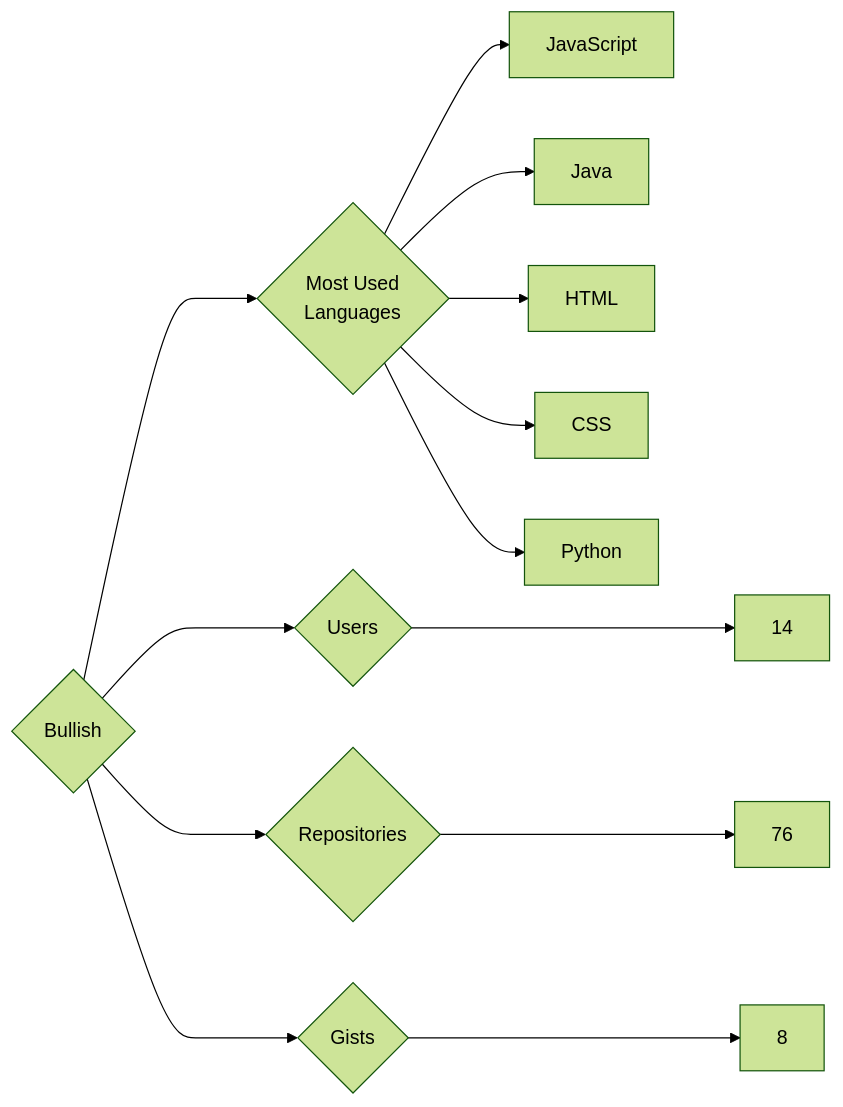
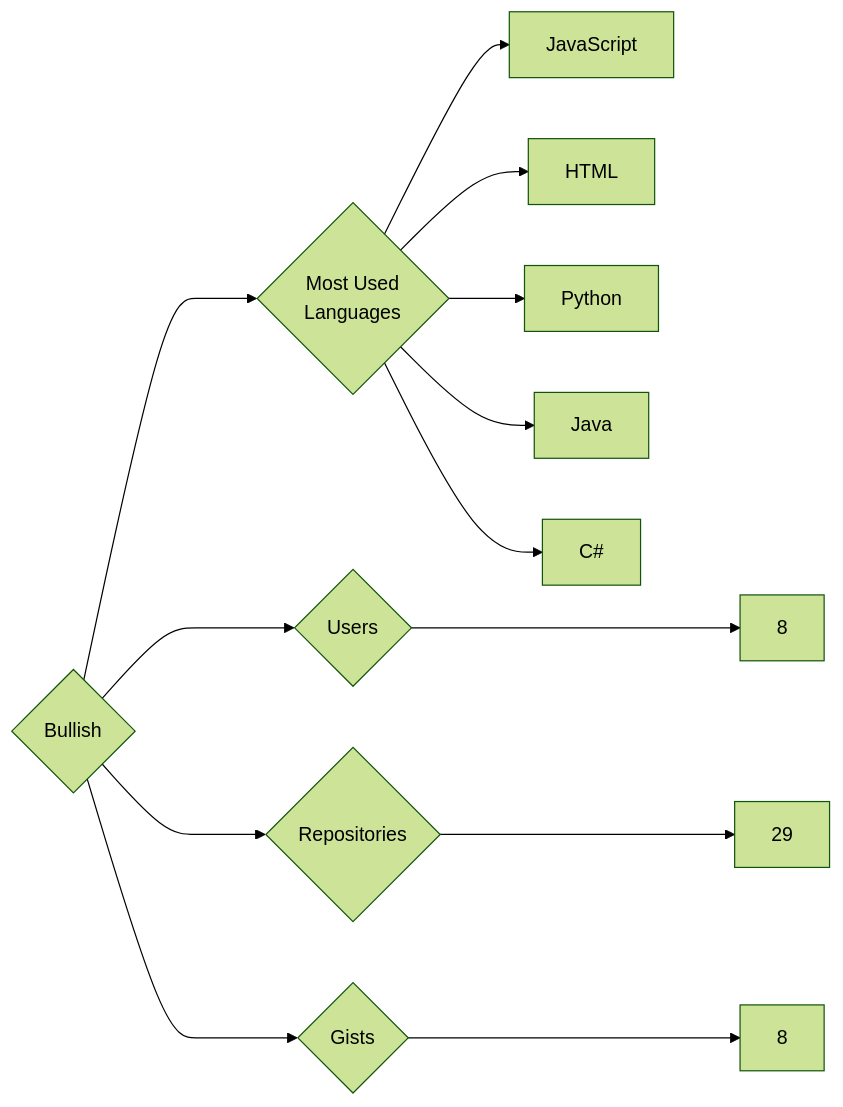
The diagram in targets/Bullish/README.md (trickest/insiders), drawn with Mermaid (forest theme) before and after one commit. The commit also changed 782 other files, not shown here.

````diff
--- a/targets/Bullish/README.md
+++ b/targets/Bullish/README.md
@@ -3,13 +3,13 @@
 ```mermaid
 graph LR
 COMPANY_NAME{Bullish}
-COMPANY_NAME ---> U{Users} ---> UN[14]
-COMPANY_NAME ---> R{Repositories} ---> RN[76]
+COMPANY_NAME ---> U{Users} ---> UN[8]
+COMPANY_NAME ---> R{Repositories} ---> RN[29]
 COMPANY_NAME ---> G{Gists} ---> GN[8]
 COMPANY_NAME ---> ML{Most Used<br>Languages}
 ML --> JavaScript[JavaScript]
+ML --> HTML[HTML]
+ML --> Python[Python]
 ML --> Java[Java]
-ML --> HTML[HTML]
-ML --> CSS[CSS]
-ML --> Python[Python]
+ML --> C#[C#]
 ```
````
